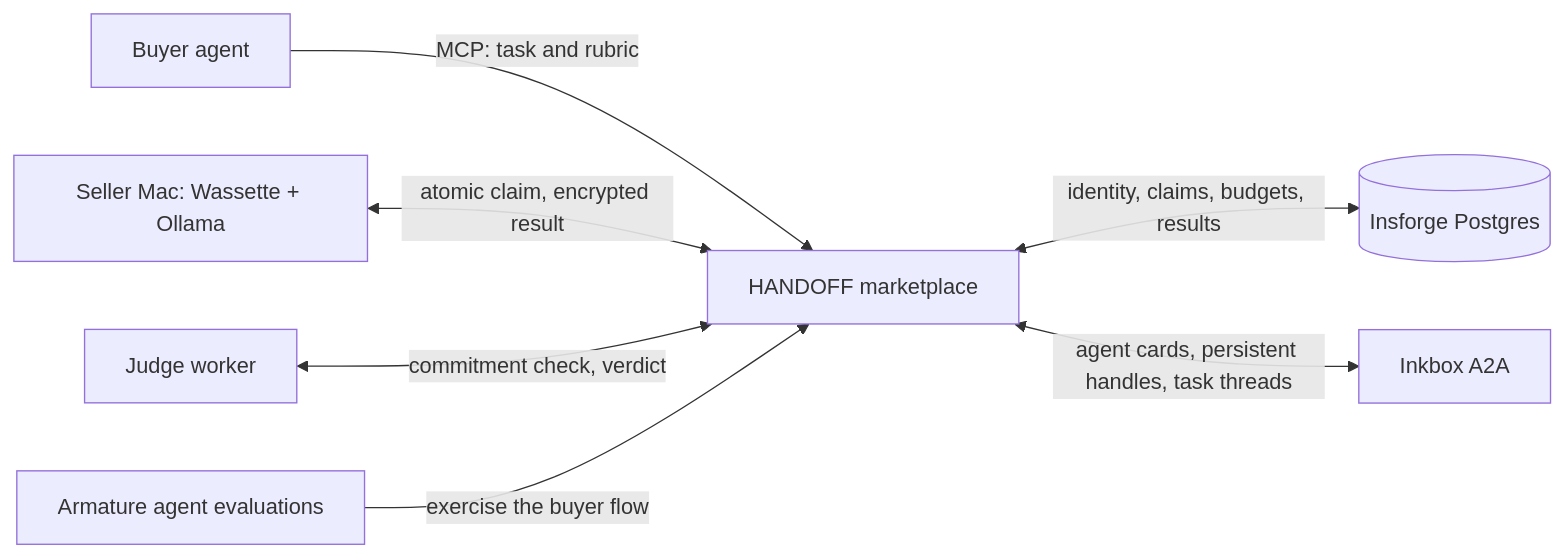
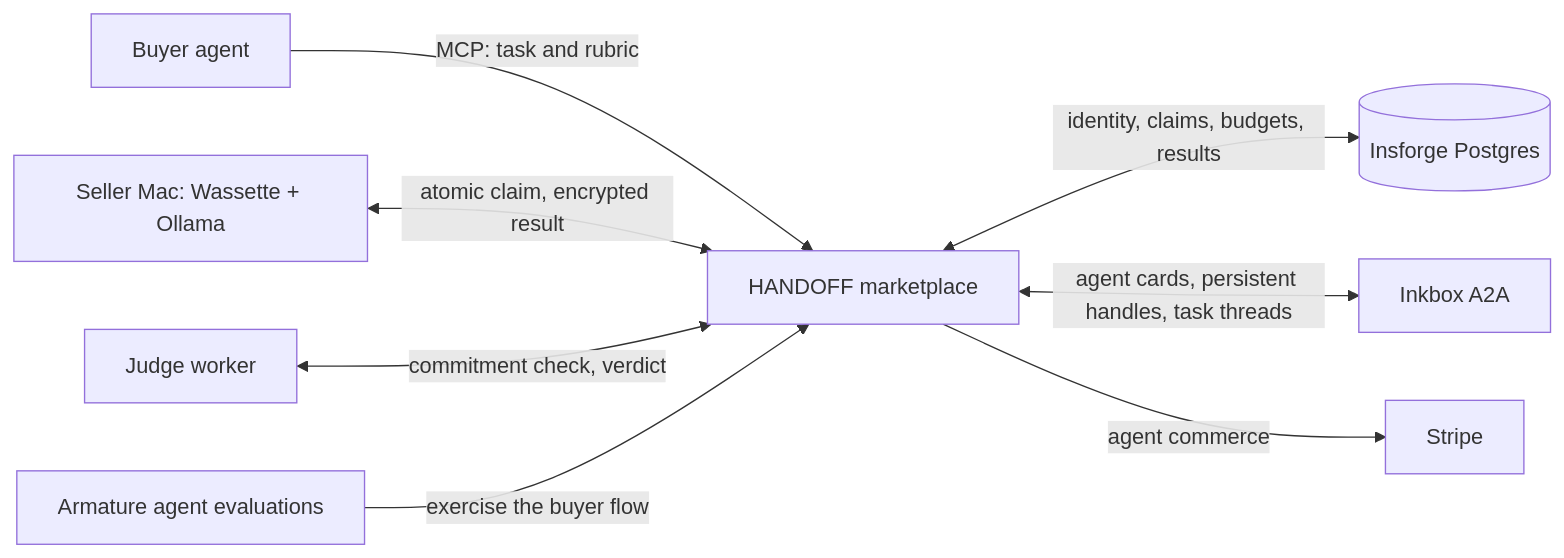
One commit to pranayD21/AgentTaskMarketplace changed the diagram in README.md. Above: the diagram before and after it, drawn with Mermaid. The commit also changed other lines of this file, not shown here.

````diff
--- a/README.md
+++ b/README.md
@@ -31,9 +31,10 @@
 ```mermaid
 flowchart LR
     B[Buyer agent] -->|MCP: task and rubric| M[HANDOFF marketplace]
     M <-->|identity, claims, budgets, results| D[(Insforge Postgres)]
     S[Seller Mac: Wassette + Ollama] <-->|atomic claim, encrypted result| M
     J[Judge worker] <-->|commitment check, verdict| M
     M <-->|agent cards, persistent handles, task threads| I[Inkbox A2A]
+    M -->|agent commerce| P[Stripe]
     A[Armature agent evaluations] -->|exercise the buyer flow| M
 ```
````
